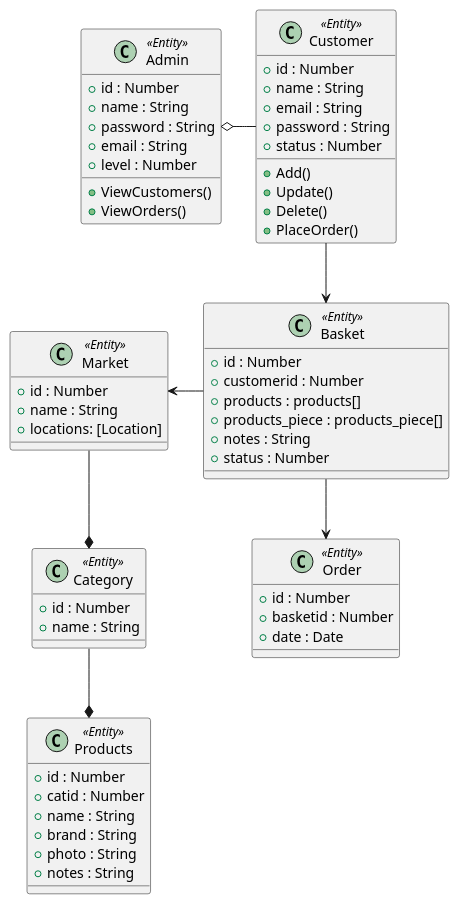
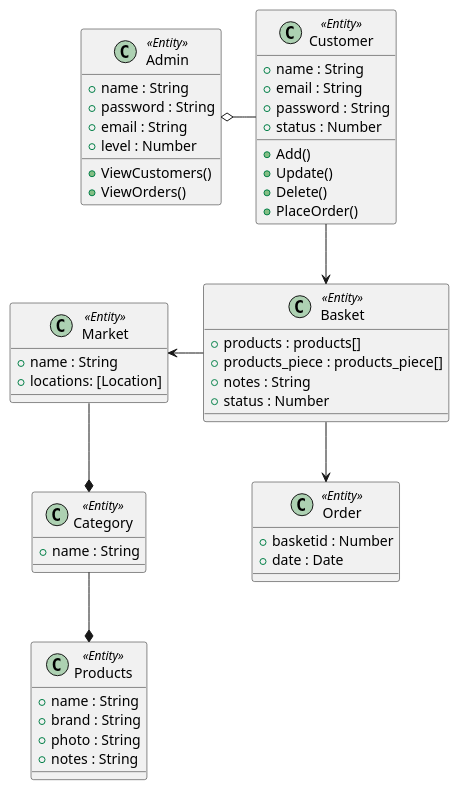
The diagram in class-diagram.puml (panodes/desktop-tutorial), drawn with PlantUML before and after one commit.

Commit message:
Remove ID's

```diff
--- a/class-diagram.puml
+++ b/class-diagram.puml
@@ -1,66 +1,57 @@
 @startuml "Class Diagram"
 
 class Admin << Entity >> {
-    + id : Number
     + name : String
     + password : String
     + email : String
     + level : Number
     + ViewCustomers()
     + ViewOrders()
 }
 
 class Customer << Entity >> {
-    + id : Number
     + name : String
     + email : String
     + password : String
     + status : Number
     + Add()
     + Update()
     + Delete()
     + PlaceOrder()
 }
 
 class Market << Entity >> {
-    + id : Number
     + name : String
     + locations: [Location]
 }
 
 class Category << Entity >> {
-    + id : Number
     + name : String
 }
 
 class Products << Entity >> {
-    + id : Number
-    + catid : Number
     + name : String
     + brand : String
     + photo : String
     + notes : String
 }
 
 class Basket << Entity >> {
-    + id : Number
-    + customerid : Number
     + products : products[]
     + products_piece : products_piece[]
     + notes : String
     + status : Number
 }
 
 class Order << Entity >> { 
-    + id : Number
     + basketid : Number
     + date : Date
 }
 Customer -left-o Admin
 Category *-up- Market
 Products *-up- Category
 Customer --> Basket
 Basket --> Order
 Basket -left-> Market
 
 @enduml
```
